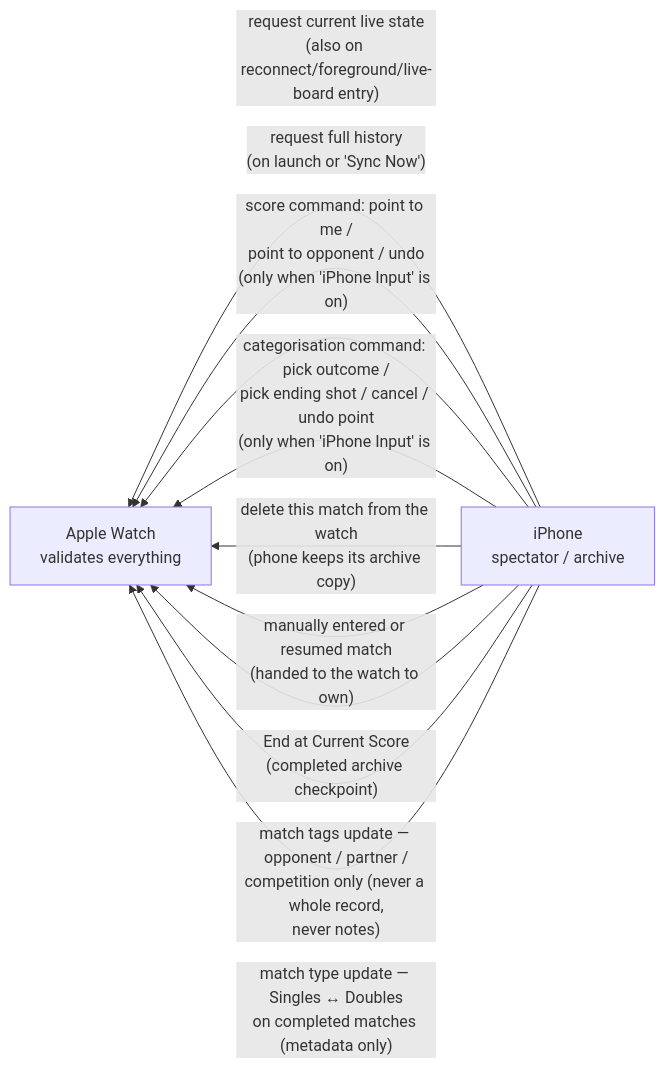
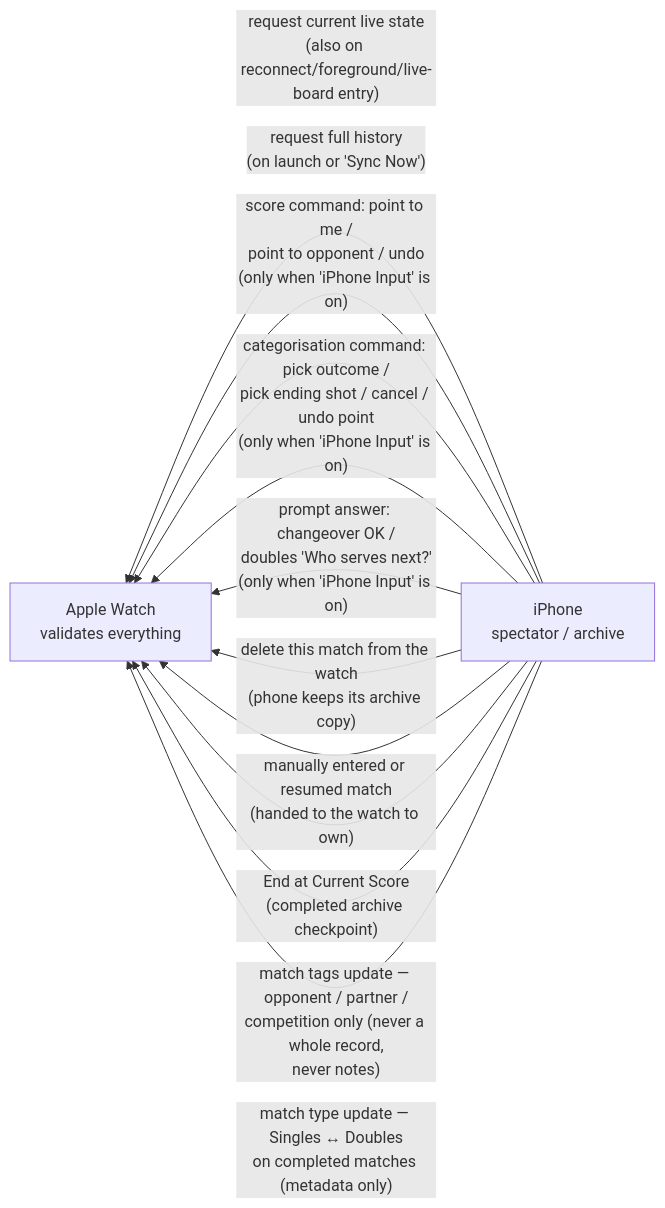
Before and after one commit to EMRahman/DeuceMate: the second of 8 diagrams in docs/architecture/sync-and-data-flow.md, drawn with Mermaid. The commit also changed other lines of this file and 29 other files, not shown here.

First line of the commit message:
[Sync] Show and answer Watch changeover / "Who serves next?" prompts on the iPhone (#204)

````diff
--- a/docs/architecture/sync-and-data-flow.md
+++ b/docs/architecture/sync-and-data-flow.md
@@ -79,14 +79,15 @@
 ```mermaid
 flowchart RL
     P["iPhone<br/>spectator / archive"]
     W["Apple Watch<br/>validates everything"]
     P -- "request current live state<br/>(also on reconnect/foreground/live-board entry)" --> W
     P -- "request full history<br/>(on launch or 'Sync Now')" --> W
     P -- "score command: point to me /<br/>point to opponent / undo<br/>(only when 'iPhone Input' is on)" --> W
     P -- "categorisation command: pick outcome /<br/>pick ending shot / cancel / undo point<br/>(only when 'iPhone Input' is on)" --> W
+    P -- "prompt answer: changeover OK /<br/>doubles 'Who serves next?'<br/>(only when 'iPhone Input' is on)" --> W
     P -- "delete this match from the watch<br/>(phone keeps its archive copy)" --> W
     P -- "manually entered or resumed match<br/>(handed to the watch to own)" --> W
     P -- "End at Current Score<br/>(completed archive checkpoint)" --> W
     P -- "match tags update — opponent / partner /<br/>competition only (never a whole record,<br/>never notes)" --> W
     P -- "match type update — Singles ↔ Doubles<br/>on completed matches (metadata only)" --> W
 ```
````
